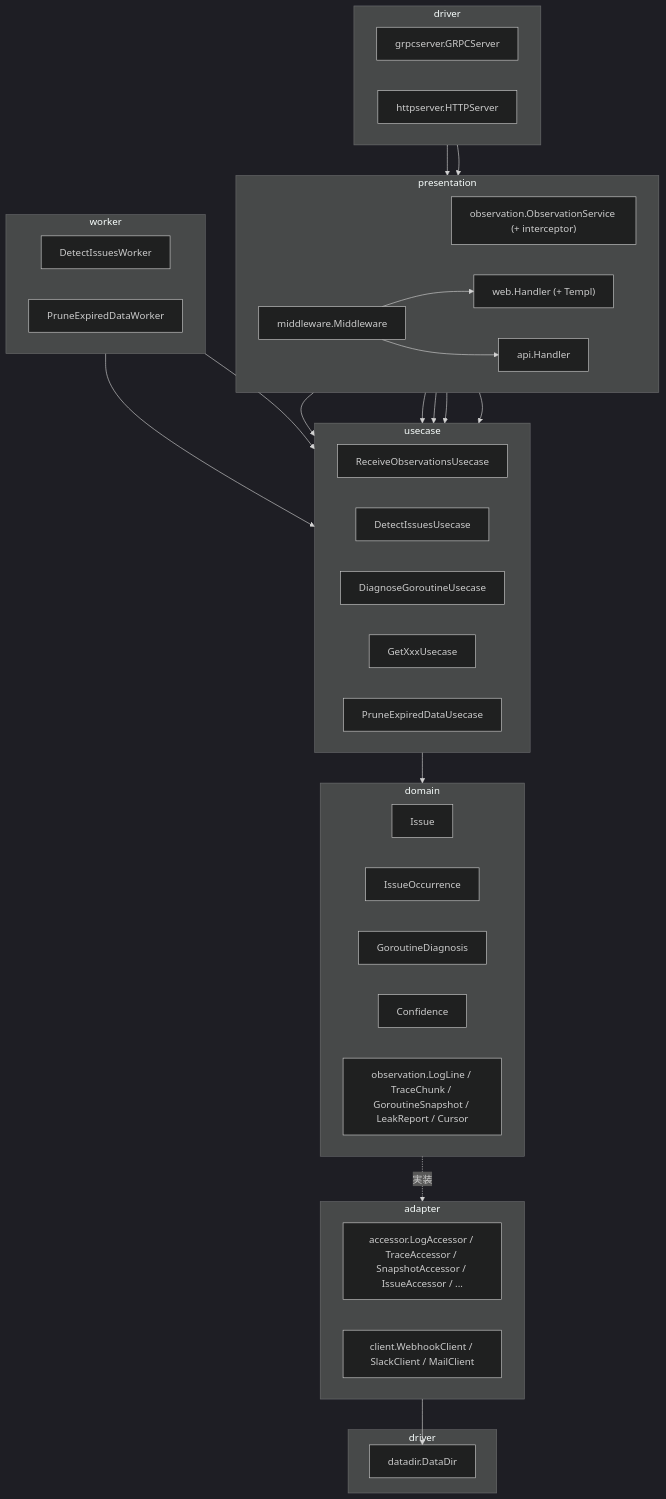
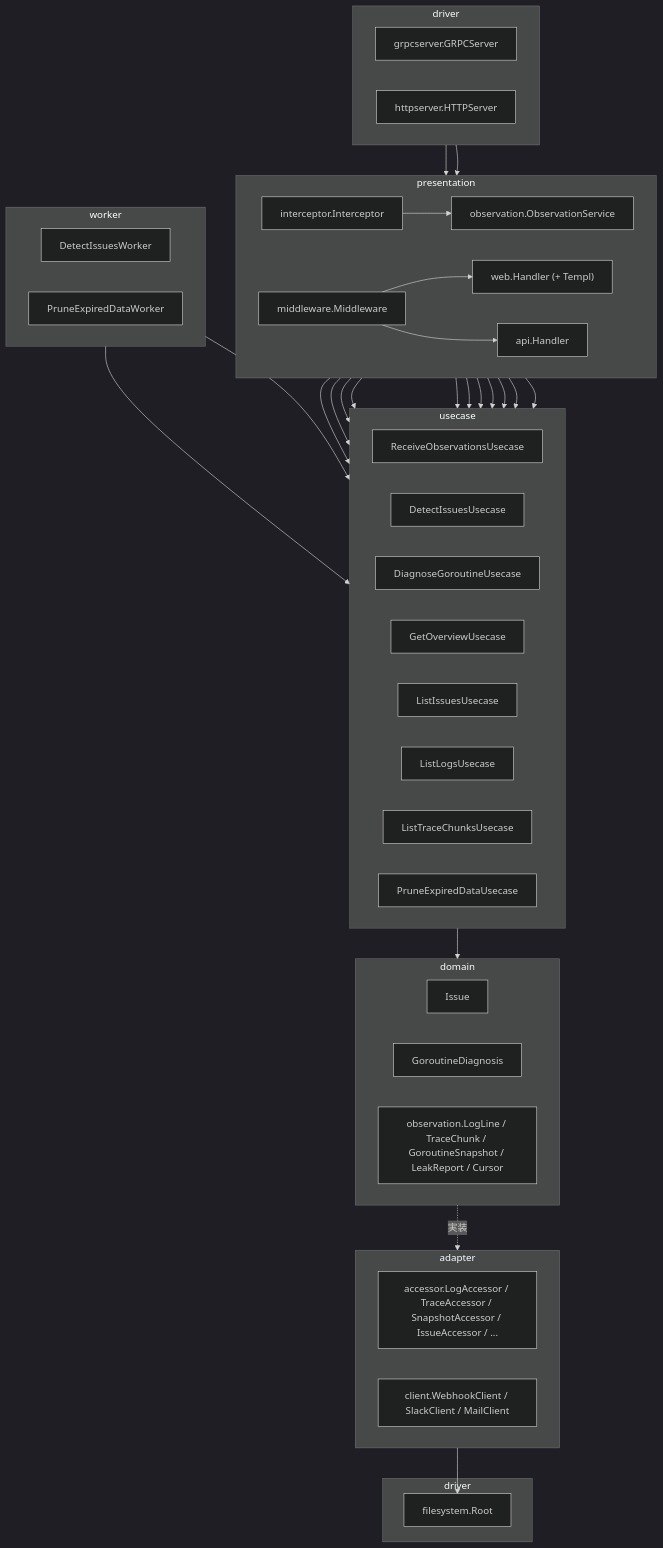
The fourth of 13 diagrams in docs/architecture.md (kakkky/gorviz), drawn with Mermaid (dark theme) before and after one commit. The commit also changed other lines of this file, not shown here.

Commit message:
docs: draw each component's layers and the processing flows as diagrams, split the interceptor and the web handlers out of the server's presentation, keep the cli and the mcp thin over the server API, and name things after what they do

````diff
--- a/docs/architecture.md
+++ b/docs/architecture.md
@@ -184,58 +184,66 @@
 ```mermaid
 flowchart TD
     subgraph driverIn["driver"]
         direction LR
         GRPCServer["grpcserver.GRPCServer"]
         HTTPServer["httpserver.HTTPServer"]
     end
     subgraph presentation["presentation"]
         direction LR
-        ObservationService["observation.ObservationService (+ interceptor)"]
+        Interceptor["interceptor.Interceptor"]
+        ObservationService["observation.ObservationService"]
         Middleware["middleware.Middleware"]
         Handler["web.Handler (+ Templ)"]
         APIHandler["api.Handler"]
     end
     subgraph worker["worker"]
         direction LR
         DetectIssuesWorker
         PruneExpiredDataWorker
     end
     subgraph usecase["usecase"]
         direction LR
         ReceiveObservationsUsecase
         DetectIssuesUsecase
         DiagnoseGoroutineUsecase
-        GetXxxUsecase
+        GetOverviewUsecase
+        ListIssuesUsecase
+        ListLogsUsecase
+        ListTraceChunksUsecase
         PruneExpiredDataUsecase
     end
     subgraph domain["domain"]
         direction LR
         Issue
-        IssueOccurrence
         GoroutineDiagnosis
-        Confidence
         Observation["observation.LogLine / TraceChunk / GoroutineSnapshot / LeakReport / Cursor"]
     end
     subgraph adapter["adapter"]
         direction LR
         DiskAccessor["accessor.LogAccessor / TraceAccessor / SnapshotAccessor / IssueAccessor / ..."]
         NotifyClient["client.WebhookClient / SlackClient / MailClient"]
     end
     subgraph driverOut["driver"]
-        DataDir["datadir.DataDir"]
+        Root["filesystem.Root"]
     end
 
-    GRPCServer --> ObservationService --> ReceiveObservationsUsecase
+    GRPCServer --> Interceptor --> ObservationService --> ReceiveObservationsUsecase
     HTTPServer --> Middleware
     Middleware --> Handler
     Middleware --> APIHandler
-    Handler --> GetXxxUsecase
+    Handler --> GetOverviewUsecase
+    Handler --> ListIssuesUsecase
+    Handler --> ListLogsUsecase
+    Handler --> ListTraceChunksUsecase
     Handler --> DiagnoseGoroutineUsecase
-    APIHandler --> GetXxxUsecase
+    APIHandler --> GetOverviewUsecase
+    APIHandler --> ListIssuesUsecase
+    APIHandler --> ListLogsUsecase
+    APIHandler --> ListTraceChunksUsecase
     APIHandler --> DiagnoseGoroutineUsecase
     DetectIssuesWorker --> DetectIssuesUsecase
     PruneExpiredDataWorker --> PruneExpiredDataUsecase
     usecase --> domain
     domain -. 実装 .-> adapter
-    DiskAccessor --> DataDir
+    DiskAccessor --> Root
 ```
````
